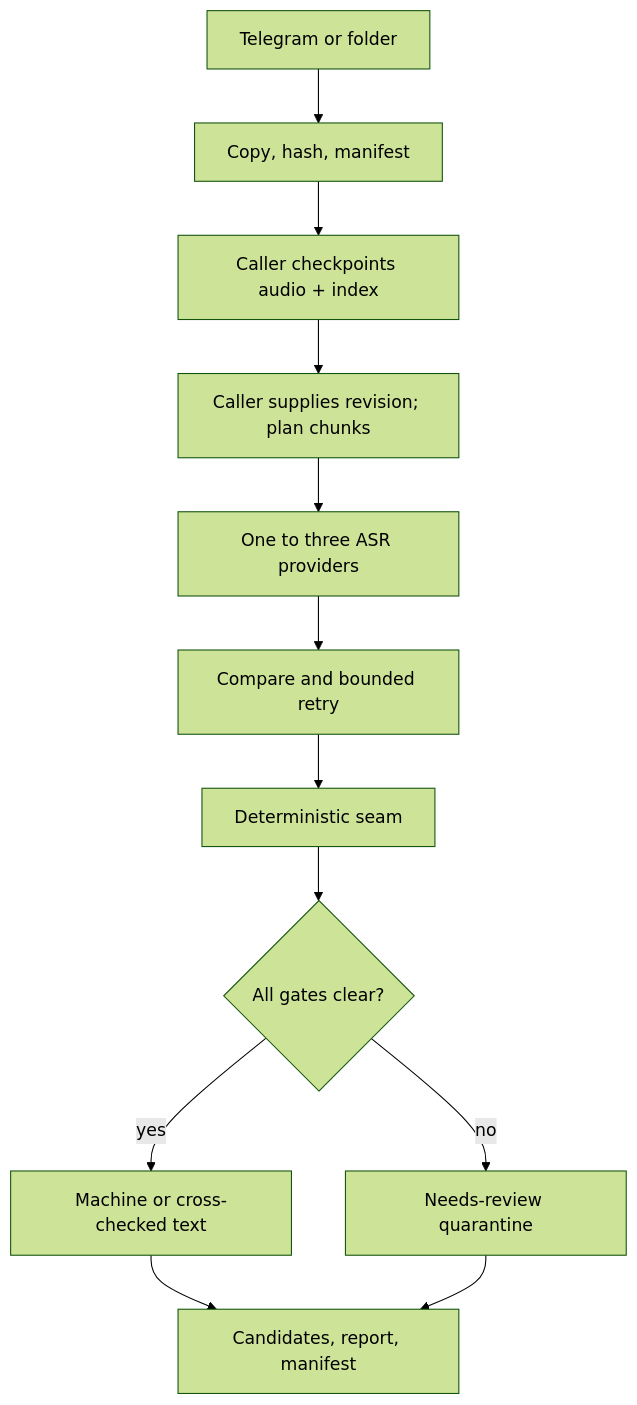
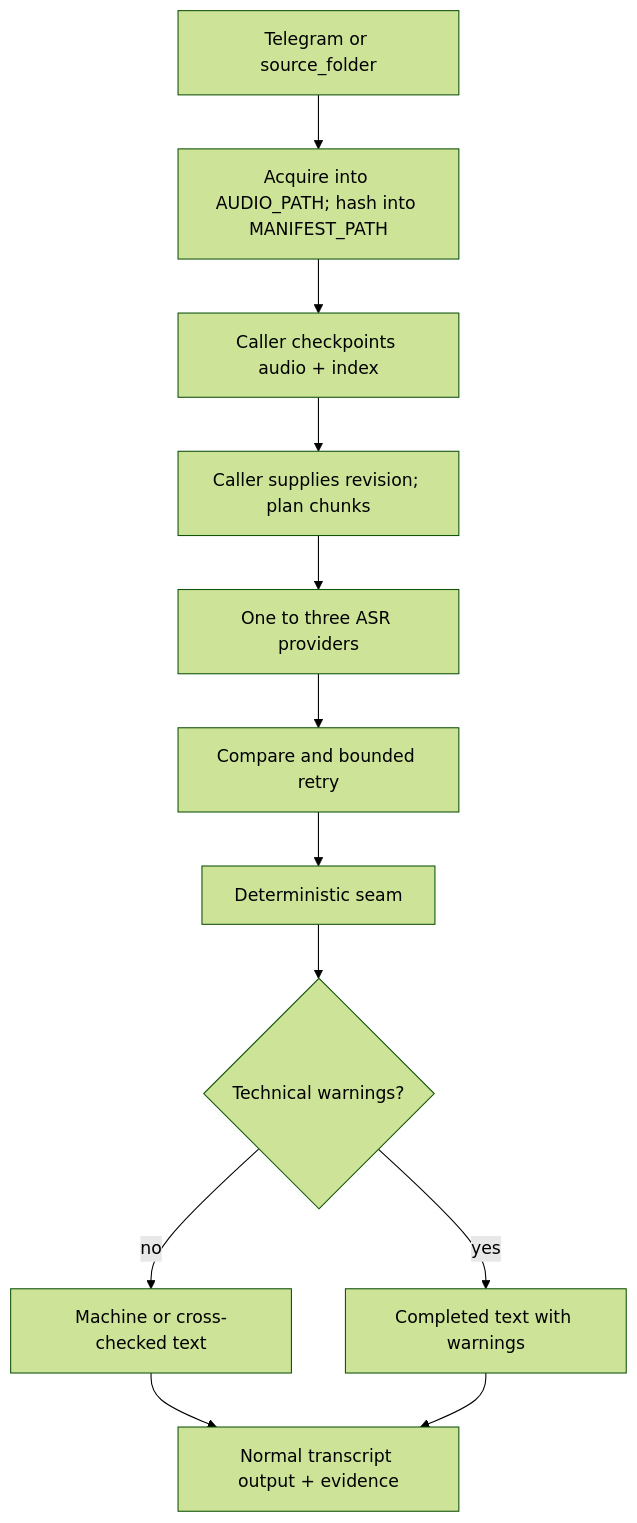
Before and after one commit to octoleo/octoscribe: the first of 2 diagrams in docs/ARCHITECTURE.md, drawn with Mermaid (forest theme). The commit also changed other lines of this file and 11 other files, not shown here.

````diff
--- a/docs/ARCHITECTURE.md
+++ b/docs/ARCHITECTURE.md
@@ -33,14 +37,14 @@
 ```mermaid
 flowchart TD
-    A["Telegram or folder"] --> B["Copy, hash, manifest"]
+    A["Telegram or source_folder"] --> B["Acquire into AUDIO_PATH; hash into MANIFEST_PATH"]
     B --> C["Caller checkpoints audio + index"]
     C --> D["Caller supplies revision; plan chunks"]
     D --> E["One to three ASR providers"]
     E --> F["Compare and bounded retry"]
     F --> G["Deterministic seam"]
-    G --> H{"All gates clear?"}
-    H -->|yes| I["Machine or cross-checked text"]
-    H -->|no| J["Needs-review quarantine"]
-    I --> K["Candidates, report, manifest"]
+    G --> H{"Technical warnings?"}
+    H -->|no| I["Machine or cross-checked text"]
+    H -->|yes| J["Completed text with warnings"]
+    I --> K["Normal transcript output + evidence"]
     J --> K
 ```
````
